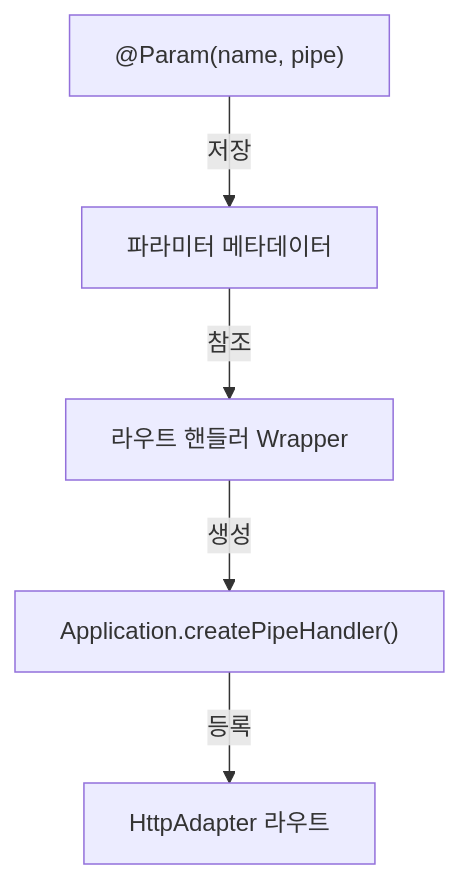
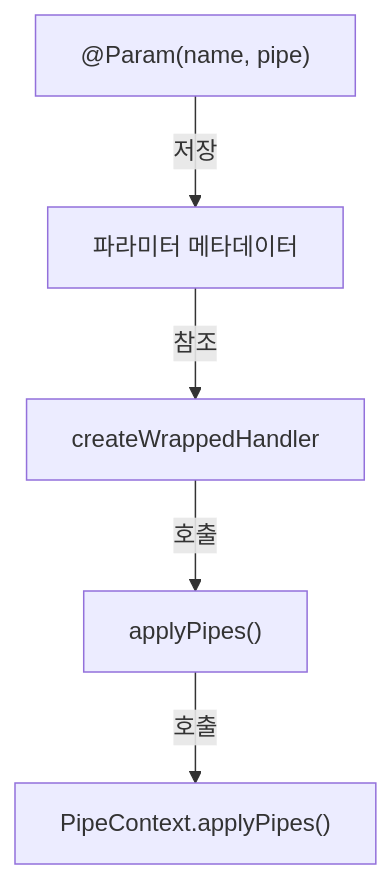
The second of 2 diagrams in docs/pipe.md (MAHT1990/self_nest), drawn with Mermaid before and after one commit. The commit also changed other lines of this file and 2 other files, not shown here.

````diff
--- a/docs/pipe.md
+++ b/docs/pipe.md
@@ -136,7 +133,7 @@
 ```mermaid
 flowchart TD
     ParamDecorator["@Param(name, pipe)"] --> |저장| Metadata["파라미터 메타데이터"]
-    Metadata --> |참조| Handler["라우트 핸들러 Wrapper"]
-    Handler --> |생성| Application["Application.createPipeHandler()"]
-    Application --> |등록| HttpAdapter["HttpAdapter 라우트"]
+    Metadata --> |참조| Handler["createWrappedHandler"]
+    Handler --> |호출| ApplyPipes["applyPipes()"]
+    ApplyPipes --> |호출| PipeContext["PipeContext.applyPipes()"]
 ```
````
